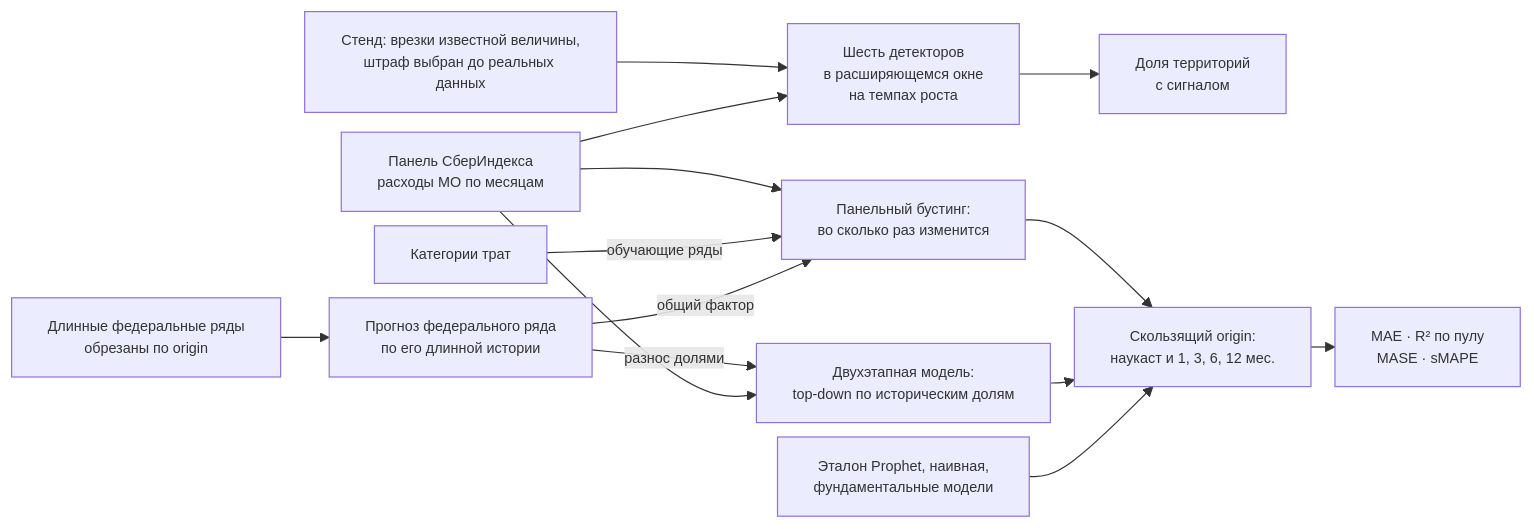
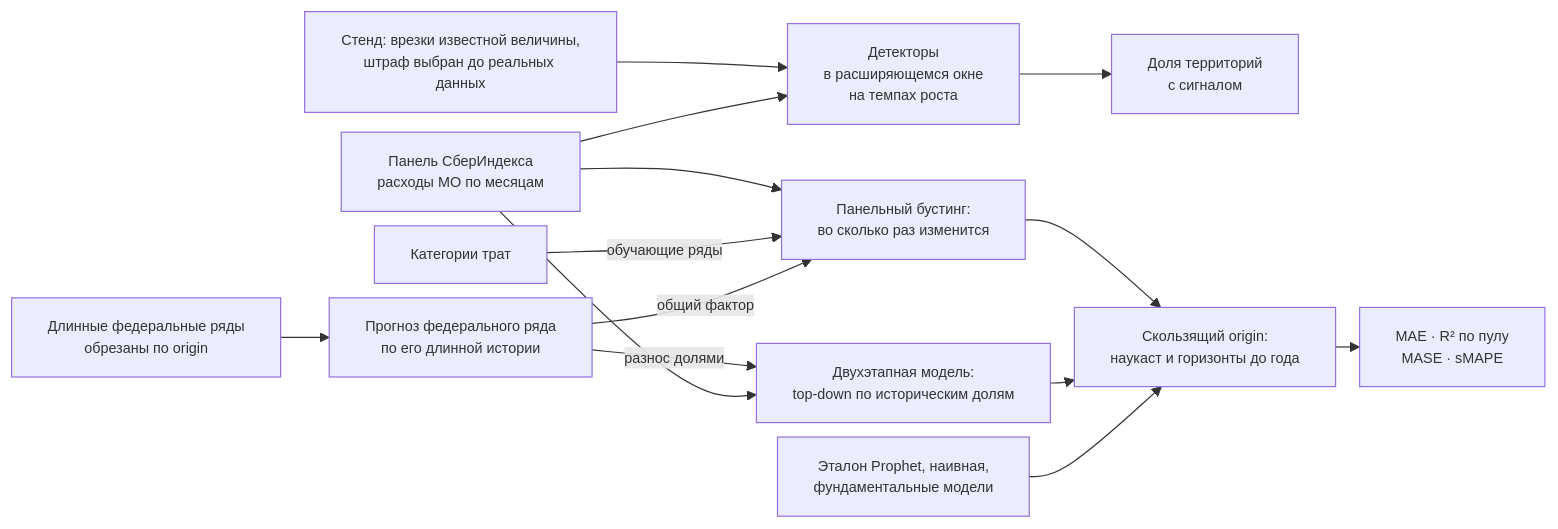
One commit to kr1zal/sberindex_konkurs changed the diagram in report/slides.qmd. Above: the diagram before and after it, drawn with Mermaid. The commit also changed other lines of this file, not shown here.

````diff
--- a/report/slides.qmd
+++ b/report/slides.qmd
@@ -149,17 +165,17 @@
 ```{mermaid}
 %%{init: {"flowchart": {"nodeSpacing": 12, "rankSpacing": 20}, "themeVariables": {"fontSize": "12px"}}}%%
 flowchart LR
     P["Панель СберИндекса<br/>расходы МО по месяцам"] --> G["Панельный бустинг:<br/>во сколько раз изменится"]
     K["Категории трат"] -->|обучающие ряды| G
     L["Длинные федеральные ряды<br/>обрезаны по origin"] --> F["Прогноз федерального ряда<br/>по его длинной истории"]
     F -->|общий фактор| G
     F -->|разнос долями| T["Двухэтапная модель:<br/>top-down по историческим долям"]
     P --> T
     B["Стенд: врезки известной величины,<br/>штраф выбран до реальных данных"] --> D
-    P --> D["Шесть детекторов<br/>в расширяющемся окне<br/>на темпах роста"]
+    P --> D["Детекторы<br/>в расширяющемся окне<br/>на темпах роста"]
     D --> S["Доля территорий<br/>с сигналом"]
-    G --> E["Скользящий origin:<br/>наукаст и 1, 3, 6, 12 мес."]
+    G --> E["Скользящий origin:<br/>наукаст и горизонты до года"]
     T --> E
     R["Эталон Prophet, наивная,<br/>фундаментальные модели"] --> E
     E --> M["MAE · R² по пулу<br/>MASE · sMAPE"]
 ```
````
